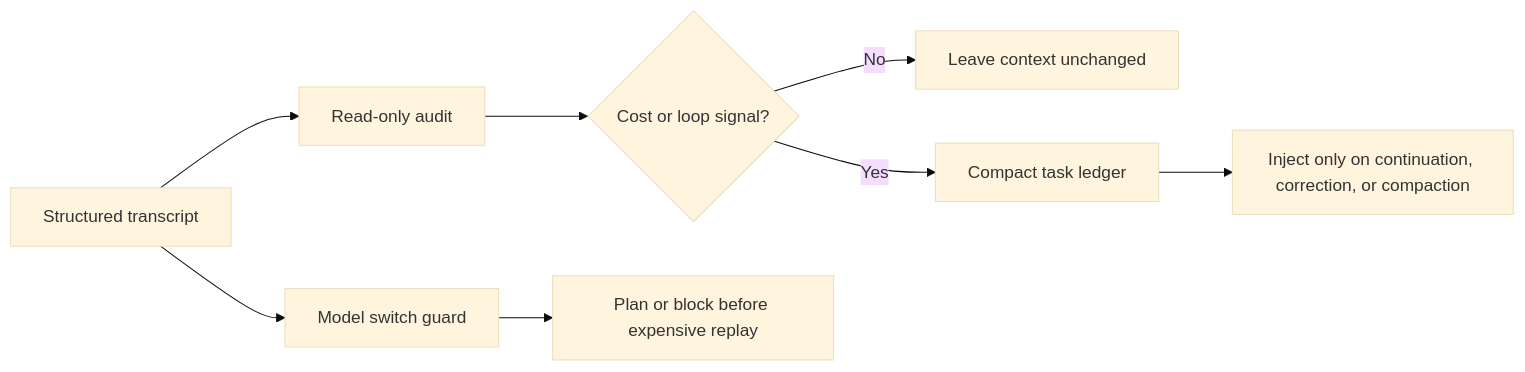
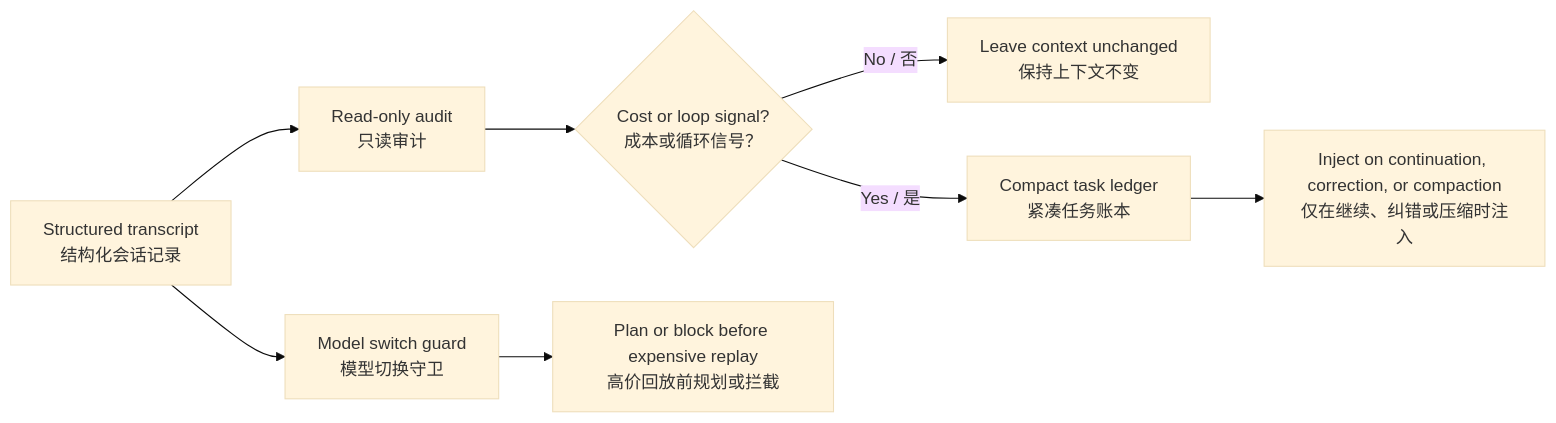
One commit to GUYUYANG/tokenwarden changed the diagram in README.md. Above: the diagram before and after it, drawn with Mermaid (base theme). The commit also changed other lines of this file and 15 other files, not shown here.

````diff
--- a/README.md
+++ b/README.md
@@ -95,10 +118,10 @@
 ```mermaid
 flowchart LR
-    A[Structured transcript] --> B[Read-only audit]
-    B --> C{Cost or loop signal?}
-    C -->|No| D[Leave context unchanged]
-    C -->|Yes| E[Compact task ledger]
-    E --> F[Inject only on continuation, correction, or compaction]
-    A --> G[Model switch guard]
-    G --> H[Plan or block before expensive replay]
+    A[Structured transcript<br/>结构化会话记录] --> B[Read-only audit<br/>只读审计]
+    B --> C{Cost or loop signal?<br/>成本或循环信号？}
+    C -->|No / 否| D[Leave context unchanged<br/>保持上下文不变]
+    C -->|Yes / 是| E[Compact task ledger<br/>紧凑任务账本]
+    E --> F[Inject on continuation, correction, or compaction<br/>仅在继续、纠错或压缩时注入]
+    A --> G[Model switch guard<br/>模型切换守卫]
+    G --> H[Plan or block before expensive replay<br/>高价回放前规划或拦截]
 ```
````
